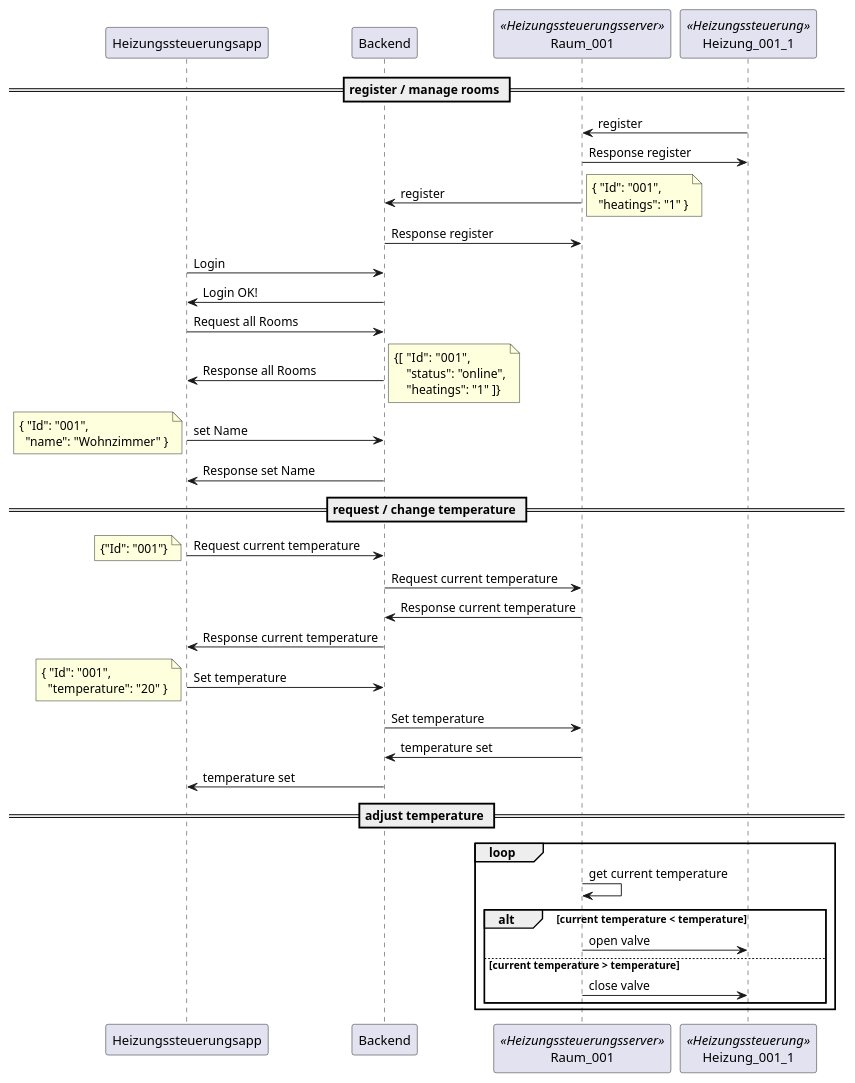
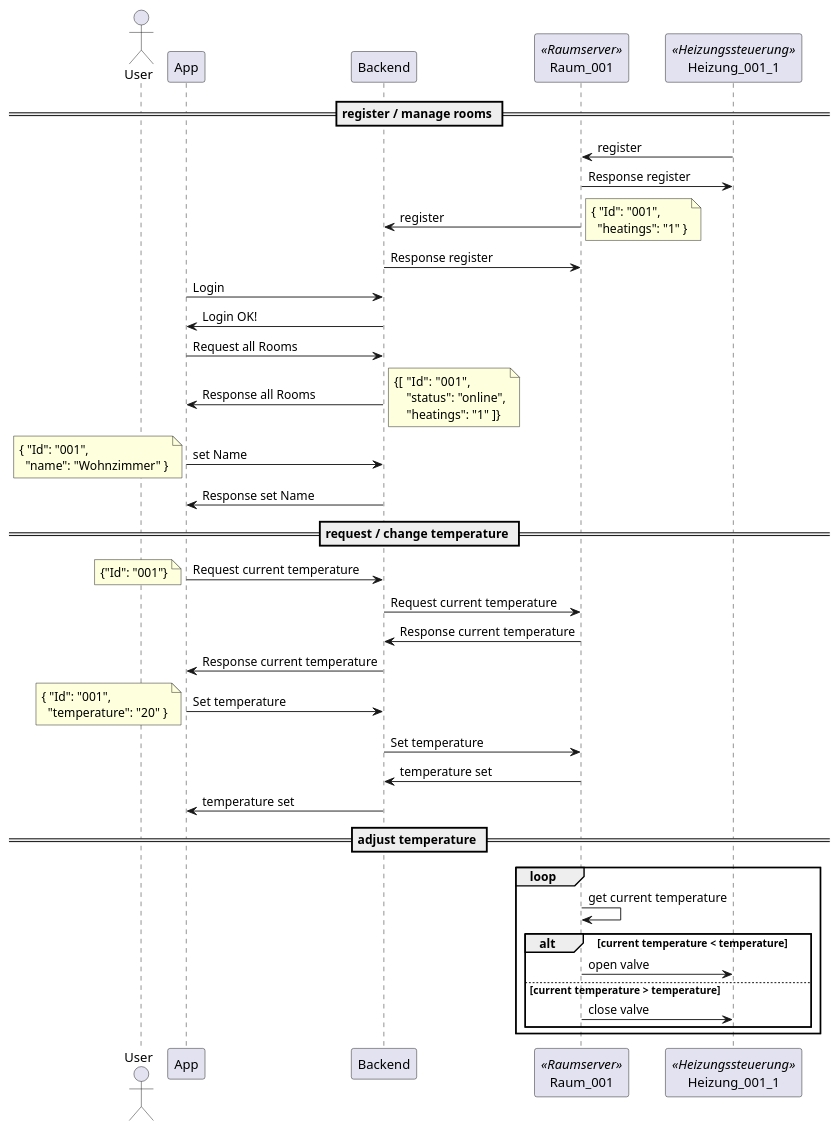
Before and after one commit to florensh/embedded-sose16-docs: the diagram in UML/sequenceDiagram.pu, drawn with PlantUML. The commit also changed 3 other files, not shown here.

```diff
--- a/UML/sequenceDiagram.pu
+++ b/UML/sequenceDiagram.pu
@@ -1,64 +1,65 @@
 @startuml
-participant "Heizungssteuerungsapp" as App
+actor User
+participant "App" as App
 participant "Backend" as Backend
-participant "Raum_001" as HS << Heizungssteuerungsserver >>
+participant "Raum_001" as HS << Raumserver >>
 participant "Heizung_001_1" as Heizung <<Heizungssteuerung>>
 
 == register / manage rooms ==
 Heizung -> HS: register
 HS -> Heizung: Response register
 HS -> Backend: register
 note right
   { "Id": "001",
     "heatings": "1" }
 end note
 Backend -> HS: Response register
 
 App -> Backend: Login
 Backend -> App: Login OK!
 
 App -> Backend: Request all Rooms
 Backend -> App: Response all Rooms
 note right
   {[  "Id": "001",
       "status": "online",
       "heatings": "1" ]}
 end note
 
 App -> Backend: set Name
 note left
   { "Id": "001",
     "name": "Wohnzimmer" }
 end note
 Backend -> App: Response set Name
 
 == request / change temperature ==
 App -> Backend: Request current temperature
 note left: {"Id": "001"}
 Backend -> HS: Request current temperature
 HS -> Backend: Response current temperature
 Backend -> App: Response current temperature
 App -> Backend: Set temperature
 note left
   { "Id": "001",
     "temperature": "20" }
 end note
 
 Backend -> HS: Set temperature
 HS -> Backend: temperature set
 Backend -> App: temperature set
 
 == adjust temperature ==
 loop
   HS -> HS: get current temperature
   alt current temperature < temperature
       HS -> Heizung: open valve
   else current temperature > temperature
       HS -> Heizung: close valve
   end
 end
 
 
 
 
 @enduml
```
